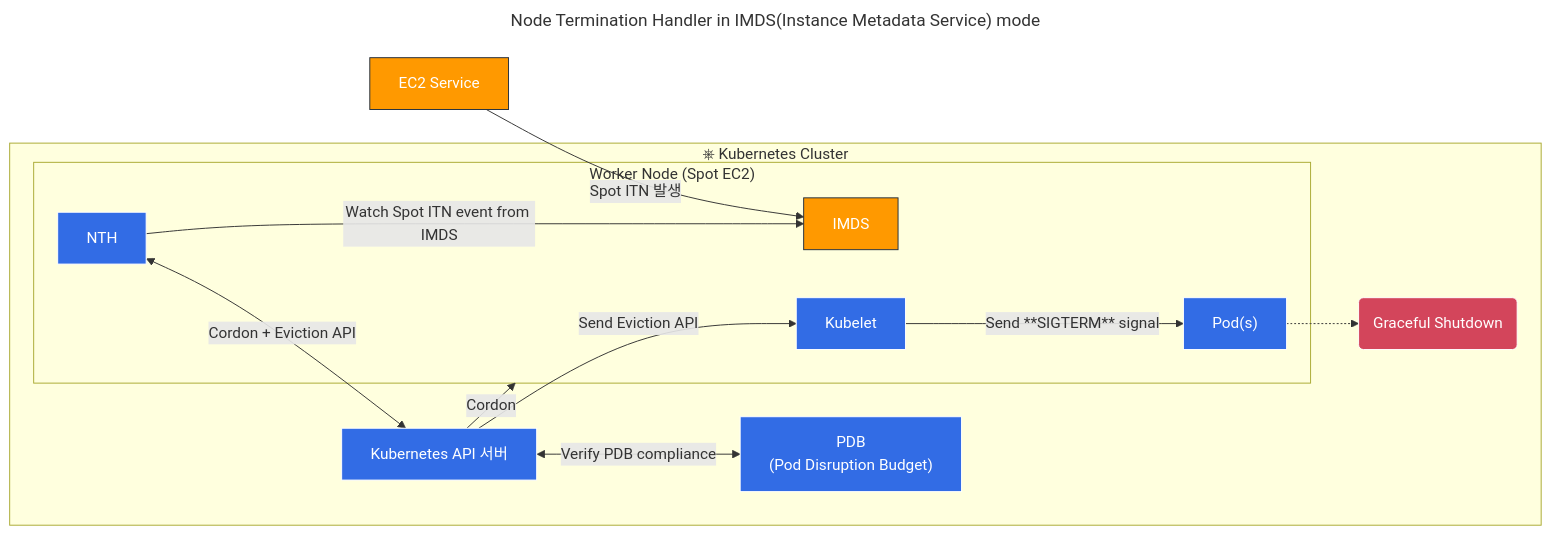
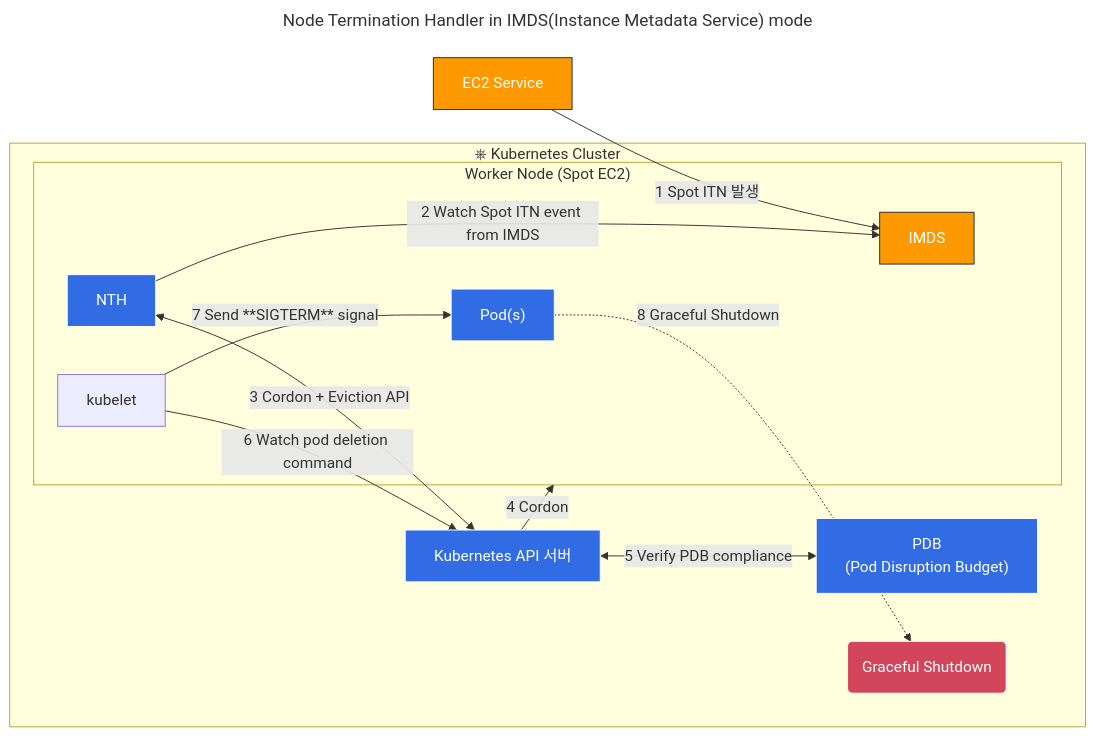
The first of 2 diagrams in content/blog/nth/index.md (younsl/blog), drawn with Mermaid before and after one commit. The commit also changed other lines of this file, not shown here.

Commit message:
chore: Update nth content

````diff
--- a/content/blog/nth/index.md
+++ b/content/blog/nth/index.md
@@ -54,37 +54,37 @@
 ```mermaid
 ---
 title: Node Termination Handler in IMDS(Instance Metadata Service) mode
 ---
 flowchart LR
-    AWS[EC2 Service] --> |Spot ITN 발생| IMDS
+    AWS[EC2 Service] --> |1 Spot ITN 발생| IMDS
     
-    NTH --> |Watch Spot ITN event from IMDS| IMDS
-    NTH <--> |Cordon + Eviction API| API[Kubernetes API 서버]
-    API --> |Cordon| Node[노드 리소스]
+    NTH --> |2 Watch Spot ITN event from IMDS| IMDS
+    NTH <--> |3 Cordon + Eviction API| API[Kubernetes API 서버]
+    API --> |4 Cordon| Node[노드 리소스]
     
-    API <--> |Verify PDB compliance| PDB["PDB<br>(Pod Disruption Budget)"]
-    API --> |Send Eviction API| Kubelet[Kubelet]
-    Kubelet --> |Send **SIGTERM** signal| Pod["Pod(s)"]
+    API <--> |5 Verify PDB compliance| PDB["PDB<br>(Pod Disruption Budget)"]
+    kubelet[kubelet] --> |6 Watch pod deletion command| API
+    kubelet --> |7 Send **SIGTERM** signal| Pod["Pod(s)"]
     
-    Pod -.-> Shutdown(Graceful Shutdown)
+    Pod -.-> |8 Graceful Shutdown| Shutdown(Graceful Shutdown)
    
     subgraph Cluster["⎈ Kubernetes Cluster"]
       subgraph Node["Worker Node (Spot EC2)"]
         IMDS
         NTH
-        Kubelet
+        kubelet
         Pod
       end
         API
         PDB
         Shutdown
     end
     
     classDef aws fill:#FF9900,stroke:#232F3E,color:white;
     classDef k8s fill:#326CE5,stroke:#fff,color:white;
     classDef shutdown fill:#D3455B,stroke:#fff,color:white;
     
     class AWS,IMDS aws;
-    class API,PDB,Pod,NTH,Kubelet k8s;
+    class API,PDB,Pod,NTH k8s;
     class Shutdown shutdown;
 ```
````
